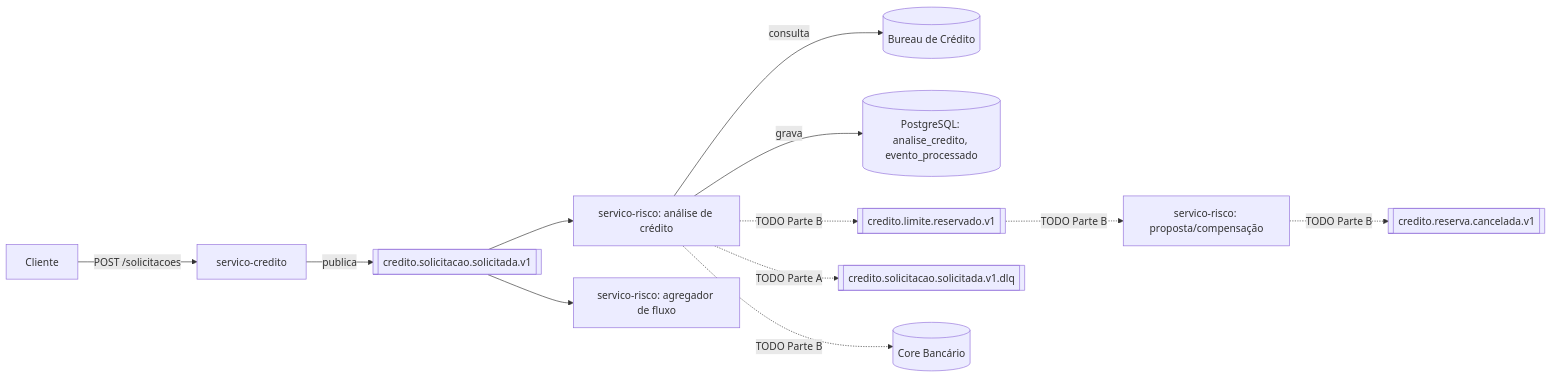
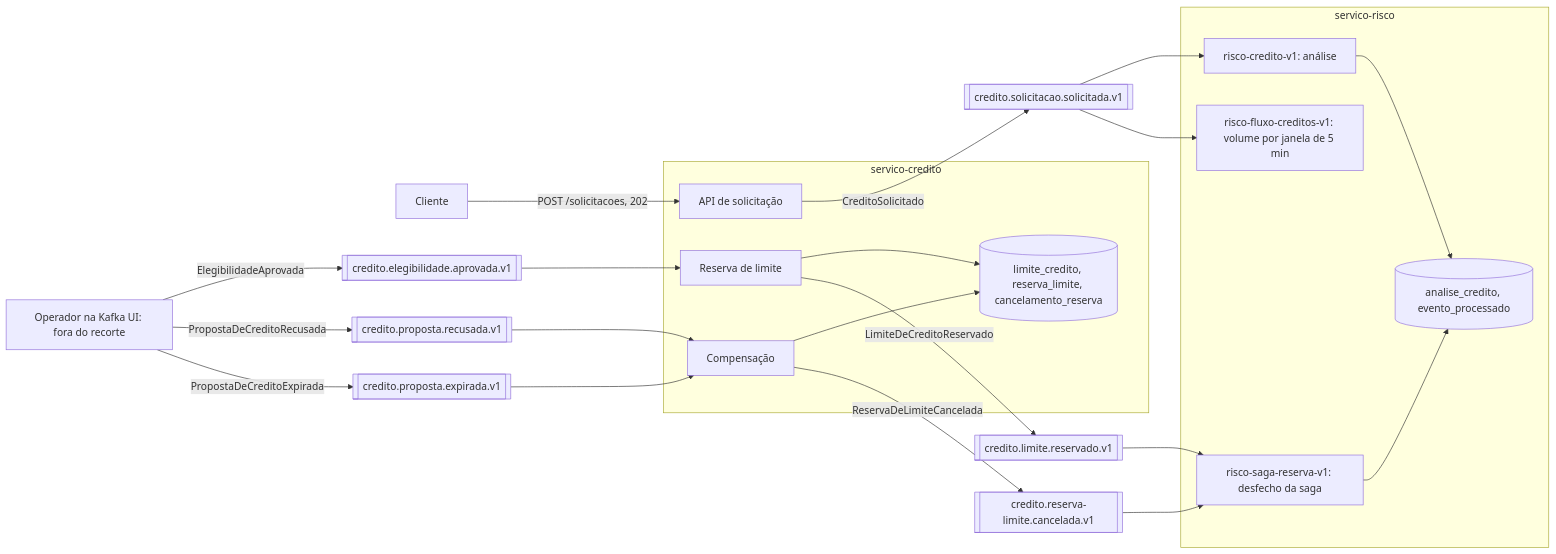
The diagram in docs/arquitetura.md (aranha/aed-2026-2-equipe-05), drawn with Mermaid before and after one commit. The commit also changed other lines of this file, not shown here.

````diff
--- a/docs/arquitetura.md
+++ b/docs/arquitetura.md
@@ -39,14 +48,41 @@
 ```mermaid
 flowchart LR
-    Cliente -->|POST /solicitacoes| SC[servico-credito]
-    SC -->|publica| T1[["credito.solicitacao.solicitada.v1"]]
-    T1 --> SR1[servico-risco: análise de crédito]
-    T1 --> SR2[servico-risco: agregador de fluxo]
-    SR1 -->|consulta| Bureau[(Bureau de Crédito)]
-    SR1 -->|grava| PG[(PostgreSQL: analise_credito, evento_processado)]
-    SR1 -.->|TODO Parte B| T2[["credito.limite.reservado.v1"]]
-    T2 -.->|TODO Parte B| SR3[servico-risco: proposta/compensação]
-    SR3 -.->|TODO Parte B| T3[["credito.reserva.cancelada.v1"]]
-    SR1 -.->|TODO Parte A| DLQ[["credito.solicitacao.solicitada.v1.dlq"]]
-    SR1 -.->|TODO Parte B| CoreBancario[(Core Bancário)]
+    Cliente -->|POST /solicitacoes, 202| SC_API
+
+    subgraph SC[servico-credito]
+        SC_API[API de solicitação]
+        SC_RES[Reserva de limite]
+        SC_COMP[Compensação]
+        SC_DB[(limite_credito, reserva_limite, cancelamento_reserva)]
+    end
+
+    subgraph SR[servico-risco]
+        SR_AN[risco-credito-v1: análise]
+        SR_FL[risco-fluxo-creditos-v1: volume por janela de 5 min]
+        SR_SAGA[risco-saga-reserva-v1: desfecho da saga]
+        SR_DB[(analise_credito, evento_processado)]
+    end
+
+    OP[Operador na Kafka UI: fora do recorte]
+
+    SC_API -->|CreditoSolicitado| T1[[credito.solicitacao.solicitada.v1]]
+    T1 --> SR_AN
+    T1 --> SR_FL
+    SR_AN --> SR_DB
+
+    OP -->|ElegibilidadeAprovada| T2[[credito.elegibilidade.aprovada.v1]]
+    T2 --> SC_RES
+    SC_RES --> SC_DB
+    SC_RES -->|LimiteDeCreditoReservado| T3[[credito.limite.reservado.v1]]
+
+    OP -->|PropostaDeCreditoRecusada| T4[[credito.proposta.recusada.v1]]
+    OP -->|PropostaDeCreditoExpirada| T5[[credito.proposta.expirada.v1]]
+    T4 --> SC_COMP
+    T5 --> SC_COMP
+    SC_COMP --> SC_DB
+    SC_COMP -->|ReservaDeLimiteCancelada| T6[[credito.reserva-limite.cancelada.v1]]
+
+    T3 --> SR_SAGA
+    T6 --> SR_SAGA
+    SR_SAGA --> SR_DB
 ```
````
